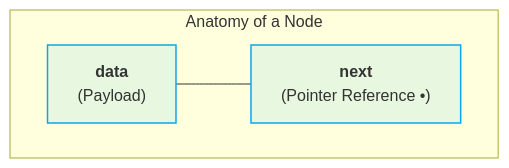
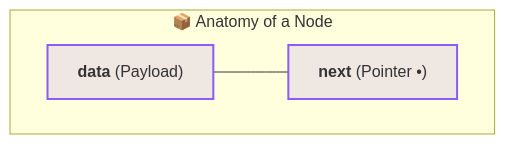
Before and after one commit to abhinavbharti2345/CS_Notes: the second of 11 diagrams in CS/DSA/03. Linked Lists/01. Linked List Fundamentals.md, drawn with Mermaid. The commit also changed other lines of this file and 20 other files, not shown here.

Commit message:
feat: add foundational notes and diagrams for computer networking, data structures, and machine learning pipelines

````diff
--- a/CS/DSA/03. Linked Lists/01. Linked List Fundamentals.md
+++ b/CS/DSA/03. Linked Lists/01. Linked List Fundamentals.md
@@ -96,10 +82,10 @@
 ```mermaid
 flowchart LR
-    subgraph NodeArch ["Anatomy of a Node"]
+    subgraph NodeArch ["📦 Anatomy of a Node"]
         direction LR
-        D["<b>data</b><br/>(Payload)"] --- P["<b>next</b><br/>(Pointer Reference •)"]
+        D["<b>data</b> (Payload)"] --- P["<b>next</b> (Pointer •)"]
     end
 
-    classDef nodePart fill:#0ea5e918,stroke:#0ea5e9,stroke-width:1.5px;
+    classDef nodePart fill:#8b5cf625,stroke:#8b5cf6,stroke-width:2px;
     class D,P nodePart;
 ```
````
